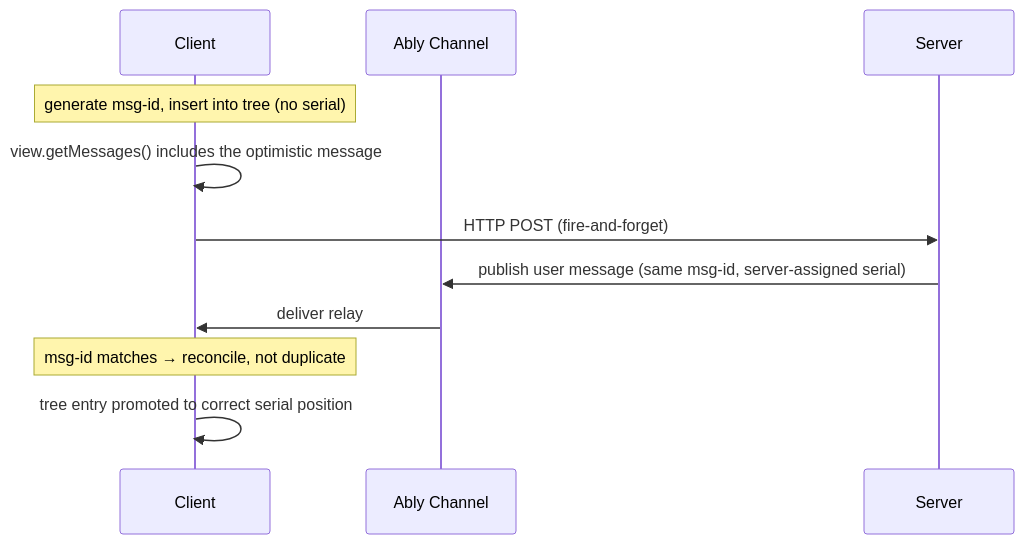
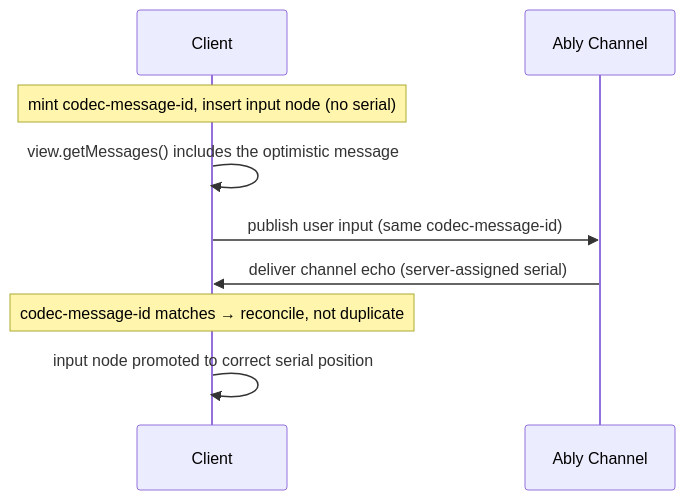
The diagram in docs/features/optimistic-updates.md (ably/ably-ai-transport-js), drawn with Mermaid before and after one commit. The commit also changed other lines of this file and 31 other files, not shown here.

````diff
--- a/docs/features/optimistic-updates.md
+++ b/docs/features/optimistic-updates.md
@@ -13,14 +13,12 @@
 ```mermaid
 sequenceDiagram
     participant C as Client
     participant Ch as Ably Channel
-    participant S as Server
 
-    Note over C: generate msg-id, insert into tree (no serial)
+    Note over C: mint codec-message-id, insert input node (no serial)
     C->>C: view.getMessages() includes the optimistic message
-    C->>S: HTTP POST (fire-and-forget)
-    S->>Ch: publish user message (same msg-id, server-assigned serial)
-    Ch->>C: deliver relay
-    Note over C: msg-id matches → reconcile, not duplicate
-    C->>C: tree entry promoted to correct serial position
+    C->>Ch: publish user input (same codec-message-id)
+    Ch->>C: deliver channel echo (server-assigned serial)
+    Note over C: codec-message-id matches → reconcile, not duplicate
+    C->>C: input node promoted to correct serial position
 ```
````
